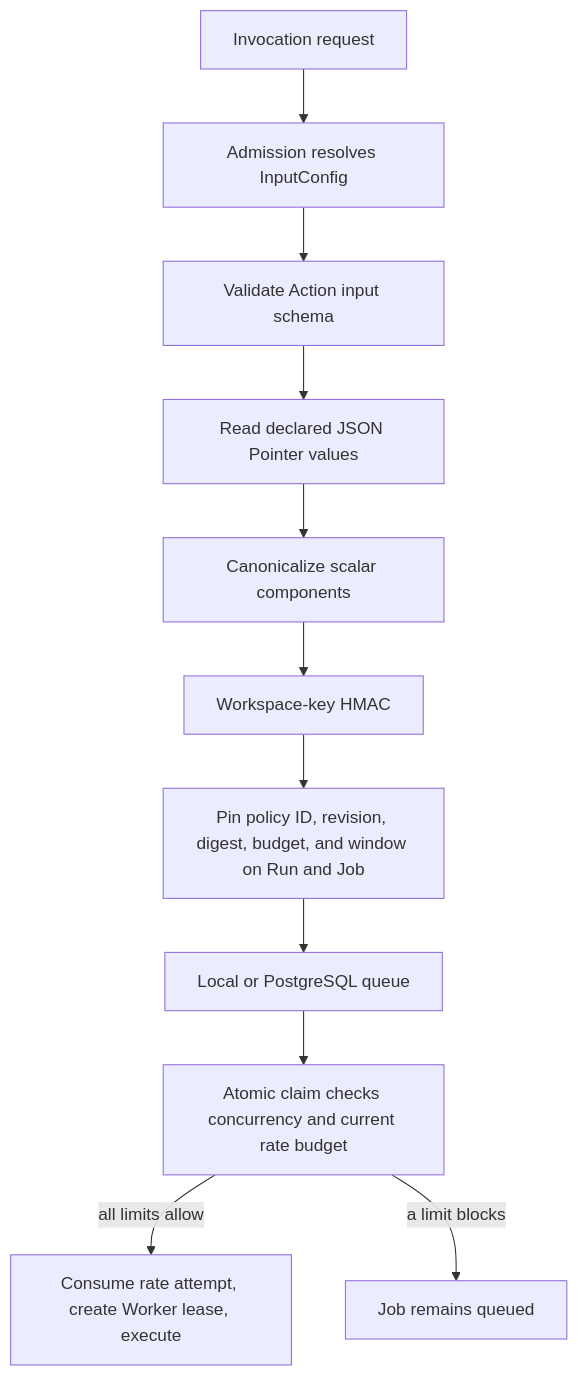
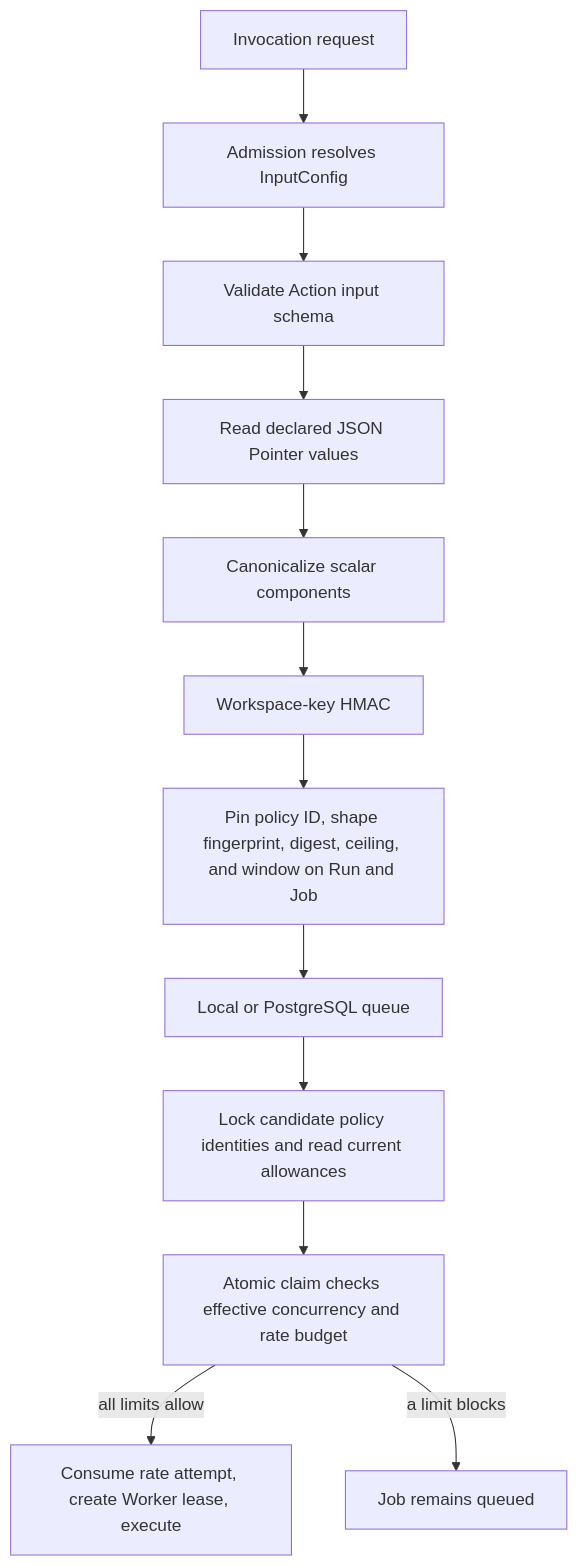
One commit to imprun/windforce-core changed the diagram in docs/concepts/execution-limits.md. Above: the diagram before and after it, drawn with Mermaid. The commit also changed other lines of this file and 53 other files, not shown here.

Commit message:
feat: enforce execution limit policies at claim

````diff
--- a/docs/concepts/execution-limits.md
+++ b/docs/concepts/execution-limits.md
@@ -58,13 +86,14 @@
 ```mermaid
 flowchart TD
     A["Invocation request"] --> B["Admission resolves InputConfig"]
     B --> C["Validate Action input schema"]
     C --> D["Read declared JSON Pointer values"]
     D --> E["Canonicalize scalar components"]
     E --> F["Workspace-key HMAC"]
-    F --> G["Pin policy ID, revision, digest, budget, and window on Run and Job"]
+    F --> G["Pin policy ID, shape fingerprint, digest, ceiling, and window on Run and Job"]
     G --> H["Local or PostgreSQL queue"]
-    H --> I["Atomic claim checks concurrency and current rate budget"]
-    I -->|"all limits allow"| J["Consume rate attempt, create Worker lease, execute"]
-    I -->|"a limit blocks"| K["Job remains queued"]
+    H --> I["Lock candidate policy identities and read current allowances"]
+    I --> L["Atomic claim checks effective concurrency and rate budget"]
+    L -->|"all limits allow"| J["Consume rate attempt, create Worker lease, execute"]
+    L -->|"a limit blocks"| K["Job remains queued"]
 ```
````
